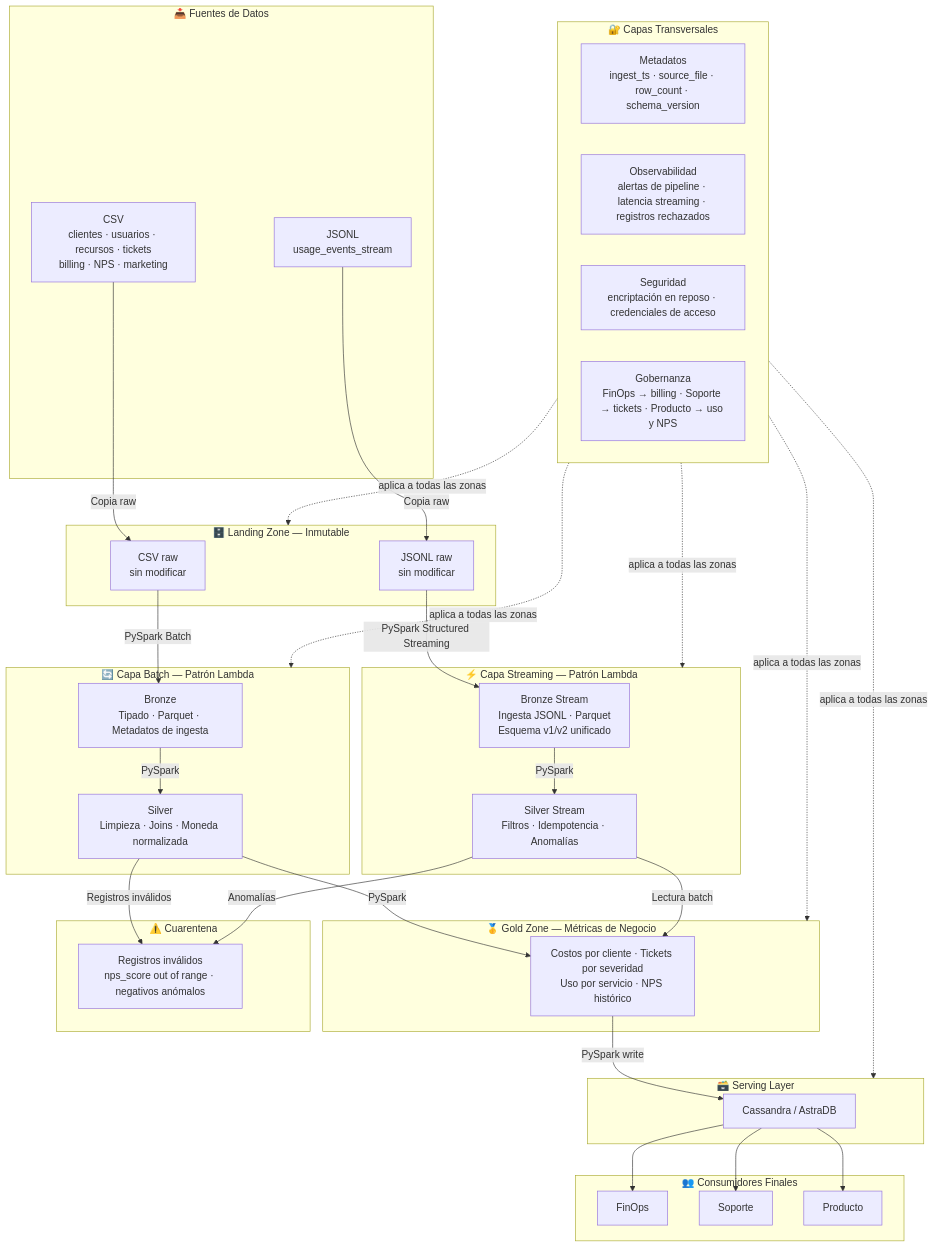
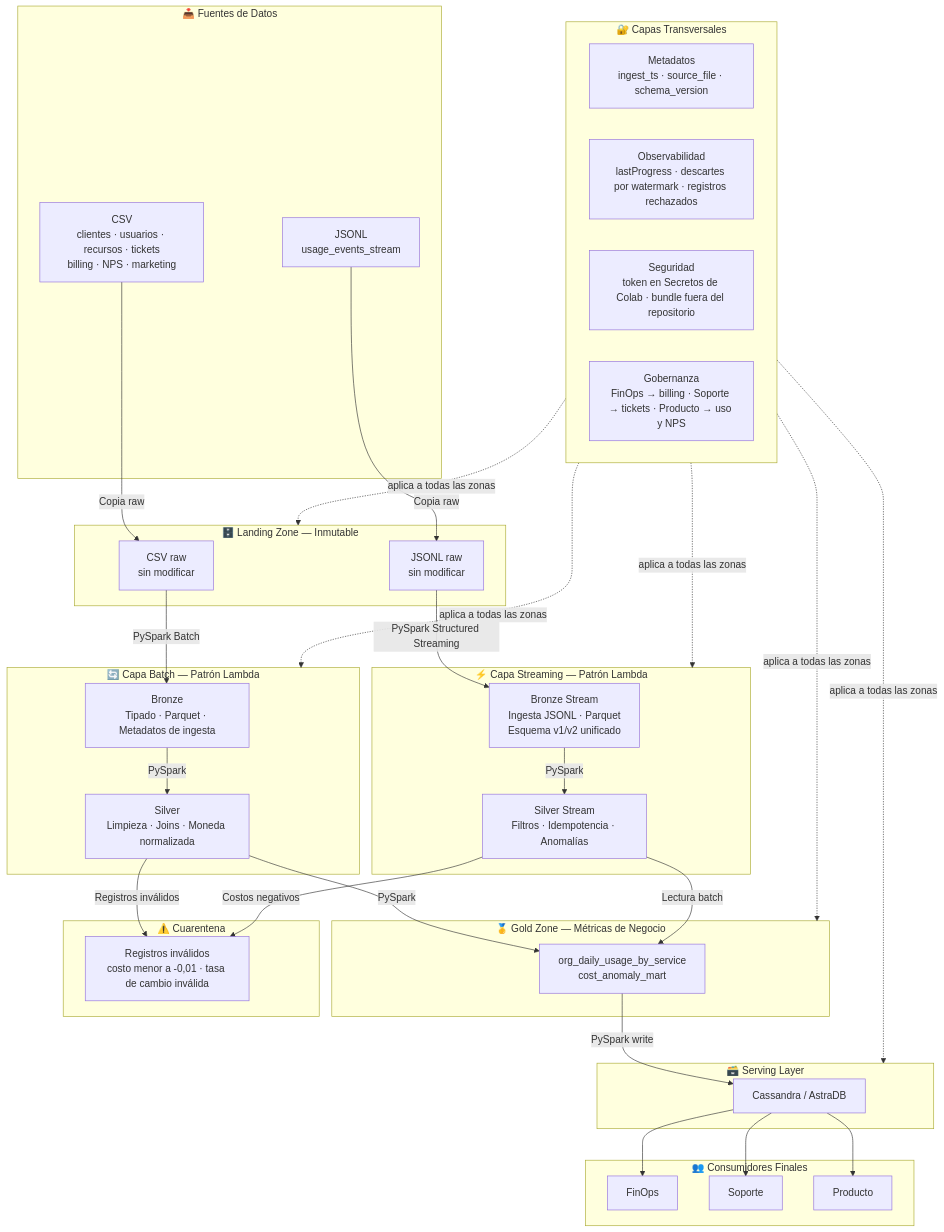
One commit to maruwagner893-droid/cloud-provider-analytics changed the diagram in docs/diagrama_arquitectura.md. Above: the diagram before and after it, drawn with Mermaid.

````diff
--- a/docs/diagrama_arquitectura.md
+++ b/docs/diagrama_arquitectura.md
@@ -2,67 +2,67 @@
 ```mermaid
 flowchart TD
     subgraph SRC["📥 Fuentes de Datos"]
         CSV["CSV\nclientes · usuarios · recursos · tickets\nbilling · NPS · marketing"]
         JSONL["JSONL\nusage_events_stream"]
     end
 
     subgraph LZ["🗄️ Landing Zone — Inmutable"]
         RAW_B["CSV raw\nsin modificar"]
         RAW_S["JSONL raw\nsin modificar"]
     end
 
     subgraph BATCH["🔄 Capa Batch — Patrón Lambda"]
         BRZ_B["Bronze\nTipado · Parquet · Metadatos de ingesta"]
         SLV_B["Silver\nLimpieza · Joins · Moneda normalizada"]
     end
 
     subgraph STREAM["⚡ Capa Streaming — Patrón Lambda"]
         BRZ_S["Bronze Stream\nIngesta JSONL · Parquet\nEsquema v1/v2 unificado"]
         SLV_S["Silver Stream\nFiltros · Idempotencia · Anomalías"]
     end
 
     subgraph GZ["🥇 Gold Zone — Métricas de Negocio"]
-        GLD["Costos por cliente · Tickets por severidad\nUso por servicio · NPS histórico"]
+        GLD["org_daily_usage_by_service\ncost_anomaly_mart"]
     end
 
     subgraph QUAR["⚠️ Cuarentena"]
-        Q["Registros inválidos\nnps_score out of range · negativos anómalos"]
+        Q["Registros inválidos\ncosto menor a -0,01 · tasa de cambio inválida"]
     end
 
     subgraph SRV["🗃️ Serving Layer"]
         CASS["Cassandra / AstraDB"]
     end
 
     subgraph GOV["🔐 Capas Transversales"]
-        META["Metadatos\ningest_ts · source_file · row_count · schema_version"]
-        OBS["Observabilidad\nalertas de pipeline · latencia streaming · registros rechazados"]
-        SEC["Seguridad\nencriptación en reposo · credenciales de acceso"]
+        META["Metadatos\ningest_ts · source_file · schema_version"]
+        OBS["Observabilidad\nlastProgress · descartes por watermark · registros rechazados"]
+        SEC["Seguridad\ntoken en Secretos de Colab · bundle fuera del repositorio"]
         GVN["Gobernanza\nFinOps → billing · Soporte → tickets · Producto → uso y NPS"]
     end
 
     subgraph USR["👥 Consumidores Finales"]
         FO["FinOps"]
         SP["Soporte"]
         PR["Producto"]
     end
 
     CSV -->|Copia raw| RAW_B
     JSONL -->|Copia raw| RAW_S
     RAW_B -->|PySpark Batch| BRZ_B
     RAW_S -->|PySpark Structured Streaming| BRZ_S
     BRZ_B -->|PySpark| SLV_B
     BRZ_S -->|PySpark| SLV_S
     SLV_B -->|Registros inválidos| Q
-    SLV_S -->|Anomalías| Q
+    SLV_S -->|Costos negativos| Q
     SLV_B -->|PySpark| GLD
     SLV_S -->|Lectura batch| GLD
     GLD -->|PySpark write| CASS
     CASS --> FO
     CASS --> SP
     CASS --> PR
     GOV -.->|aplica a todas las zonas| LZ
     GOV -.->|aplica a todas las zonas| BATCH
     GOV -.->|aplica a todas las zonas| STREAM
     GOV -.->|aplica a todas las zonas| GZ
-    GOV -.->|aplica a todas las zonas| SRV   
+    GOV -.->|aplica a todas las zonas| SRV
 ```
````
